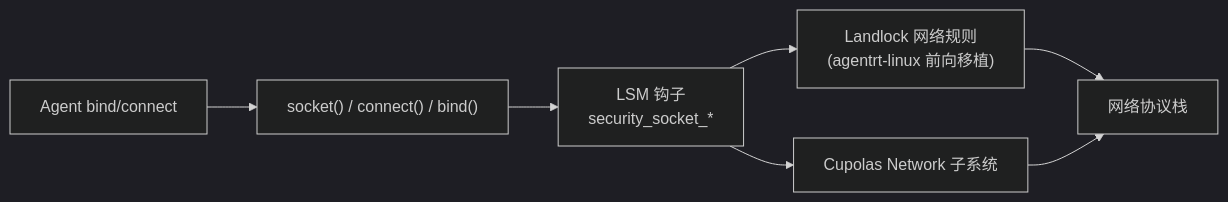
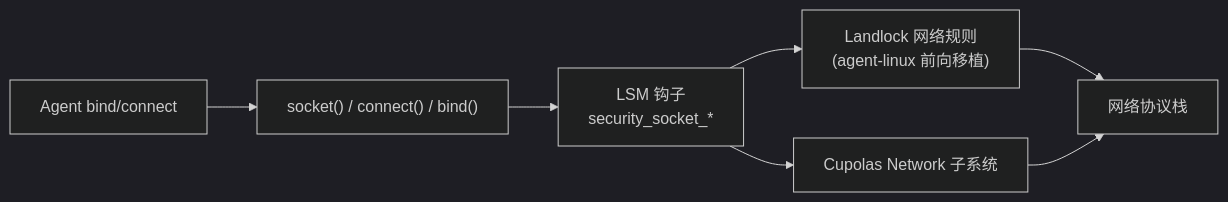
One commit to openairymax/docs-linux changed the second of 4 diagrams in 110-security/02-landlock-sandbox.md. Above: the diagram before and after it, drawn with Mermaid (dark theme). The commit also changed other lines of this file and 172 other files, not shown here.

Commit message:
docs: rename agentrt-linux to agent-linux across docs v0.1.3 双工程结构：agentrt-linux 改名 agent-linux。docs 全仓 186 个 文件中的 agentrt-linux 引用统一为 agent-linux（AirymaxOS 工程名/ URL/路径引用；commit hash 与历史不变）。

````diff
--- a/110-security/02-landlock-sandbox.md
+++ b/110-security/02-landlock-sandbox.md
@@ -252,9 +252,9 @@
 ```mermaid
 flowchart LR
     APP["Agent bind/connect"] --> SC["socket() / connect() / bind()"]
     SC --> LSM["LSM 钩子<br/>security_socket_*"]
-    LSM --> LL["Landlock 网络规则<br/>(agentrt-linux 前向移植)"]
+    LSM --> LL["Landlock 网络规则<br/>(agent-linux 前向移植)"]
     LSM --> CUP["Cupolas Network 子系统"]
     LL --> NET["网络协议栈"]
     CUP --> NET
 ```
````
